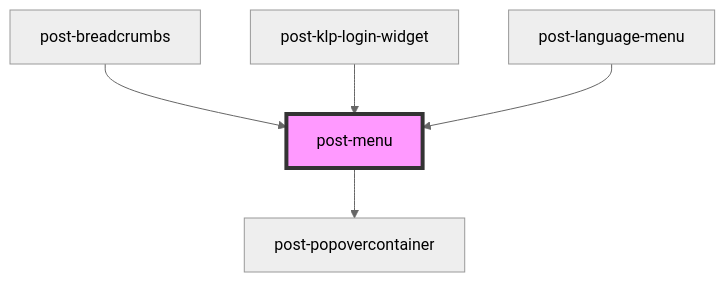
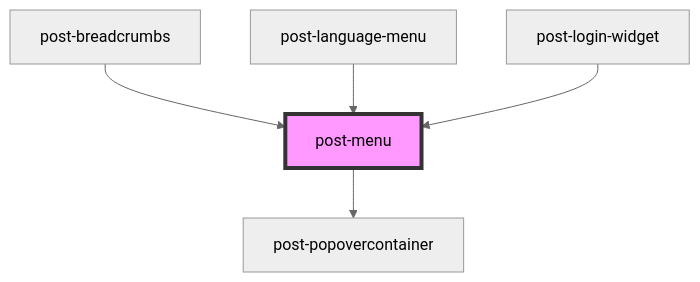
One commit to swisspost/design-system changed the diagram in packages/components/src/components/post-menu/readme.md. Above: the diagram before and after it, drawn with Mermaid (neutral theme). The commit also changed other lines of this file and 12 other files, not shown here.

````diff
--- a/packages/components/src/components/post-menu/readme.md
+++ b/packages/components/src/components/post-menu/readme.md
@@ -93,8 +93,8 @@
 ```mermaid
 graph TD;
   post-menu --> post-popovercontainer
   post-breadcrumbs --> post-menu
-  post-klp-login-widget --> post-menu
   post-language-menu --> post-menu
+  post-login-widget --> post-menu
   style post-menu fill:#f9f,stroke:#333,stroke-width:4px
 ```
````
